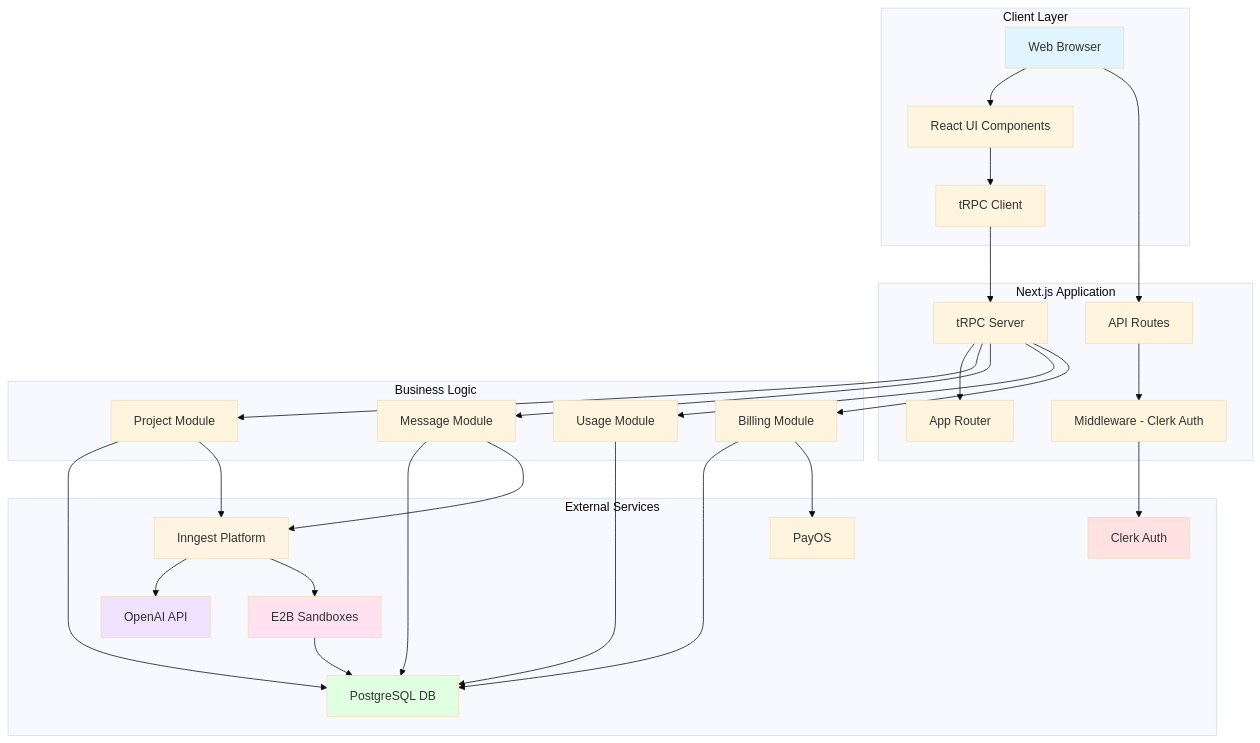
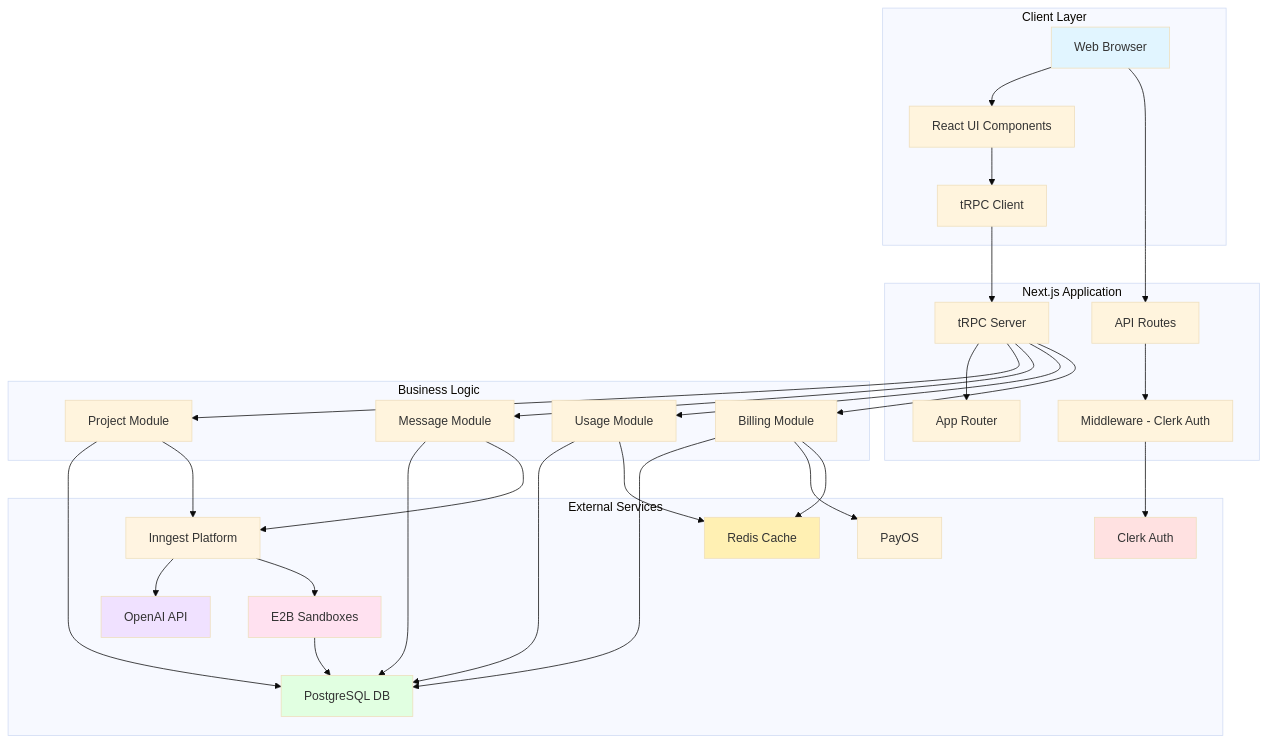
One commit to trantuanhung1209/u_vibe changed the first of 2 diagrams in docs/ARCHITECTURE.md. Above: the diagram before and after it, drawn with Mermaid (base theme). The commit also changed other lines of this file and 10 other files, not shown here.

````diff
--- a/docs/ARCHITECTURE.md
+++ b/docs/ARCHITECTURE.md
@@ -5,60 +5,64 @@
 ```mermaid
 graph TB
     subgraph "Client Layer"
         A[Web Browser]
         B[React UI Components]
         C[tRPC Client]
     end
 
     subgraph "Next.js Application"
         D[App Router]
         E[API Routes]
         F[Middleware - Clerk Auth]
         G[tRPC Server]
     end
 
     subgraph "Business Logic"
         H[Project Module]
         I[Message Module]
         J[Usage Module]
         P[Billing Module]
     end
 
     subgraph "External Services"
         K[Clerk Auth]
         L[PostgreSQL DB]
+        R[Redis Cache]
         M[Inngest Platform]
         N[OpenAI API]
         O[E2B Sandboxes]
         Q[PayOS]
     end
 
     A --> B
     B --> C
     C --> G
     A --> E
     E --> F
     F --> K
     G --> D
     G --> H
     G --> I
     G --> J
     G --> P
     H --> L
     I --> L
     J --> L
+    J --> R
     P --> L
     P --> Q
+    P --> R
     I --> M
     H --> M
     M --> N
     M --> O
     O --> L
 
     style A fill:#e1f5ff
     style K fill:#ffe1e1
     style L fill:#e1ffe1
+    style R fill:#fff0b3
     style M fill:#fff4e1
     style N fill:#f0e1ff
     style O fill:#ffe1f0
 ```
````
